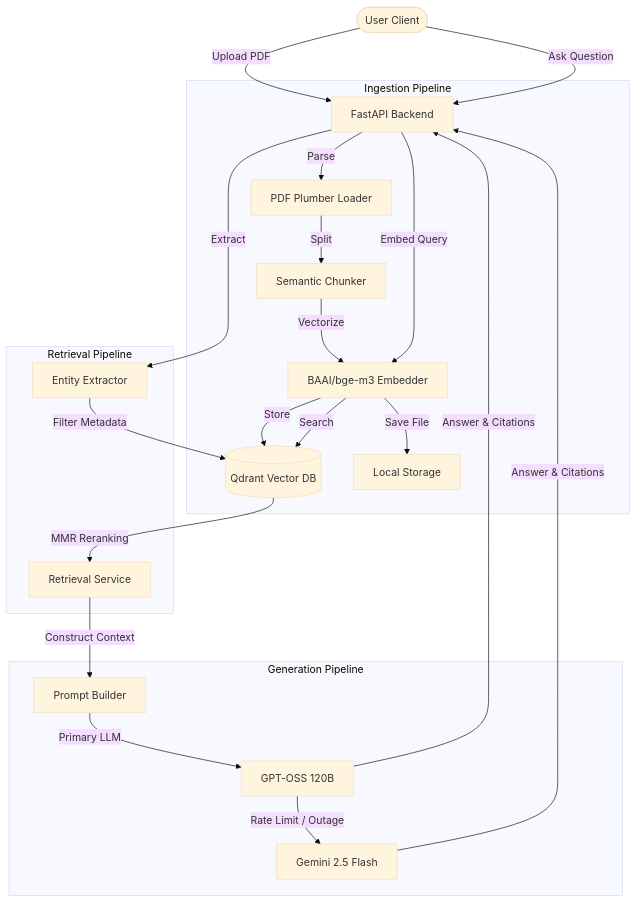
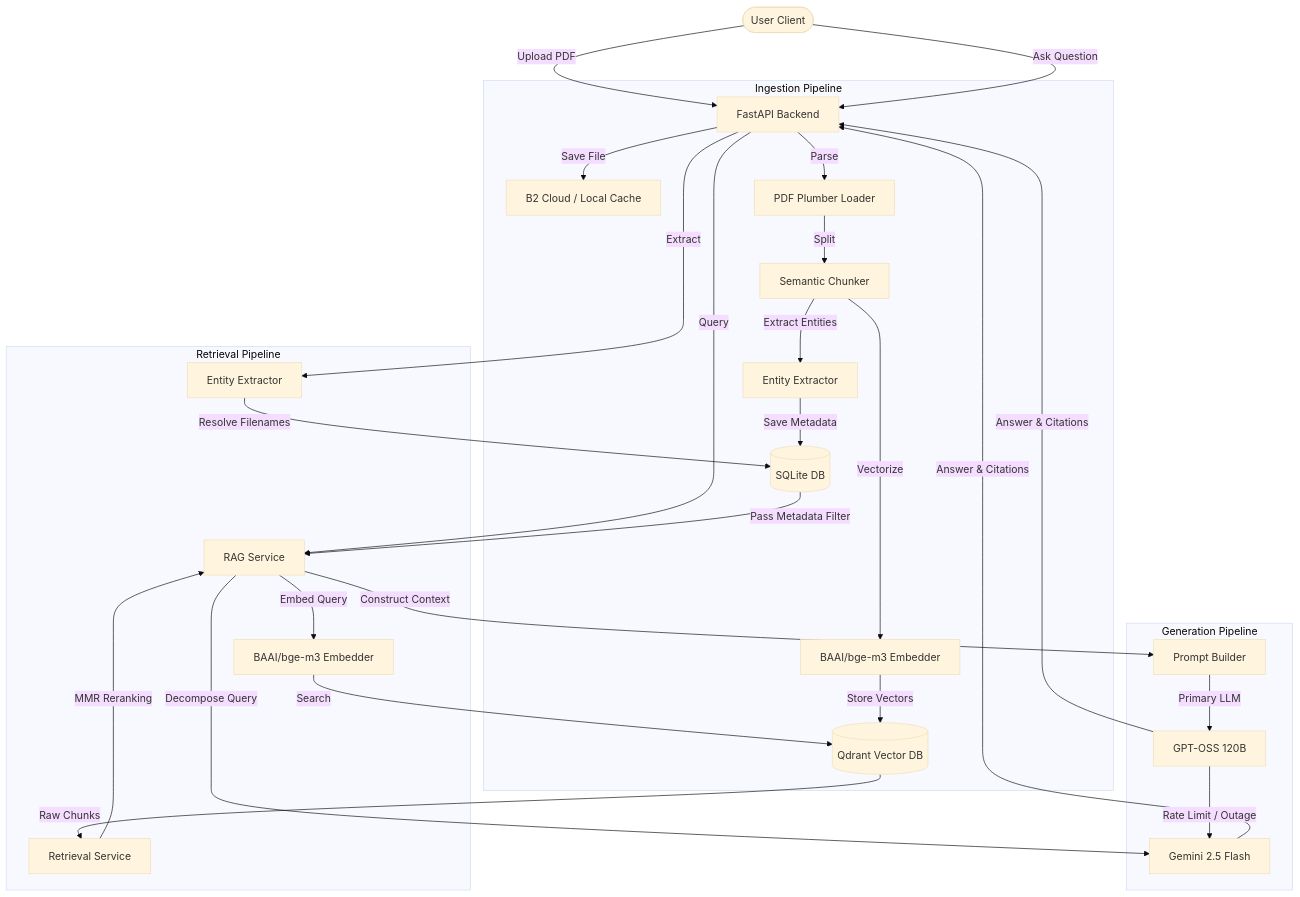
One commit to atharv0894/RATAN changed the first of 2 diagrams in README.md. Above: the diagram before and after it, drawn with Mermaid (base theme). The commit also changed other lines of this file and 2 other files, not shown here.

Commit message:
Update architectural flowcharts in README to precisely match pipeline logic

````diff
--- a/README.md
+++ b/README.md
@@ -32,29 +32,35 @@
 ```mermaid
 flowchart TD
     User([User Client]) -->|Upload PDF| API[FastAPI Backend]
     User -->|Ask Question| API
     
     subgraph Ingestion Pipeline
+        API -->|Save File| Storage[B2 Cloud / Local Cache]
         API -->|Parse| Loader[PDF Plumber Loader]
         Loader -->|Split| Chunker[Semantic Chunker]
+        Chunker -->|Extract Entities| Entity[Entity Extractor]
+        Entity -->|Save Metadata| SQLite[(SQLite DB)]
         Chunker -->|Vectorize| Embed[BAAI/bge-m3 Embedder]
-        Embed -->|Store| DB[(Qdrant Vector DB)]
-        Embed -->|Save File| Storage[Local Storage]
+        Embed -->|Store Vectors| DB[(Qdrant Vector DB)]
     end
     
     subgraph Retrieval Pipeline
-        API -->|Extract| Entity[Entity Extractor]
-        Entity -->|Filter Metadata| DB
-        API -->|Embed Query| Embed
-        Embed -->|Search| DB
-        DB -->|MMR Reranking| Retriever[Retrieval Service]
+        API -->|Extract| Entity2[Entity Extractor]
+        Entity2 -->|Resolve Filenames| SQLite
+        API -->|Query| RAG[RAG Service]
+        SQLite -->|Pass Metadata Filter| RAG
+        RAG -->|Embed Query| Embed2[BAAI/bge-m3 Embedder]
+        Embed2 -->|Search| DB
+        DB -->|Raw Chunks| Retriever[Retrieval Service]
+        Retriever -->|MMR Reranking| RAG
     end
     
     subgraph Generation Pipeline
-        Retriever -->|Construct Context| Prompt[Prompt Builder]
+        RAG -->|Decompose Query| Gemini[Gemini 2.5 Flash]
+        RAG -->|Construct Context| Prompt[Prompt Builder]
         Prompt -->|Primary LLM| Groq[GPT-OSS 120B]
-        Groq -- Rate Limit / Outage --> Gemini[Gemini 2.5 Flash]
+        Groq -- Rate Limit / Outage --> Gemini
         Groq -->|Answer & Citations| API
         Gemini -->|Answer & Citations| API
     end
 ```
````
